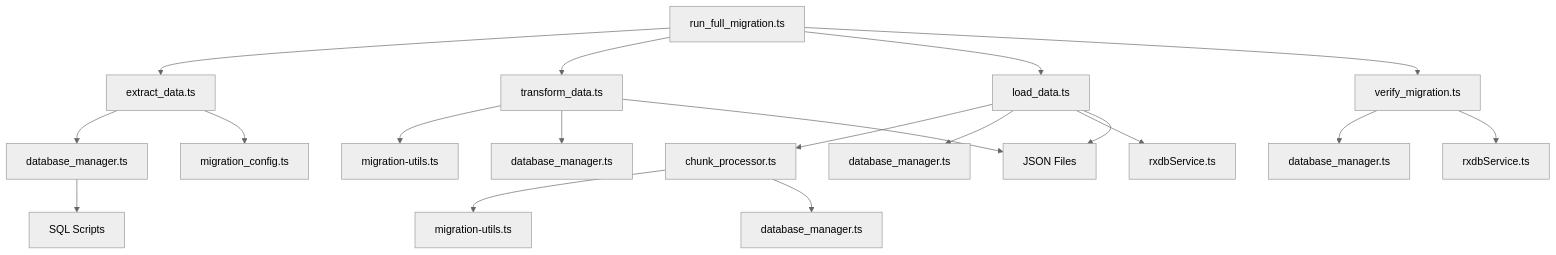
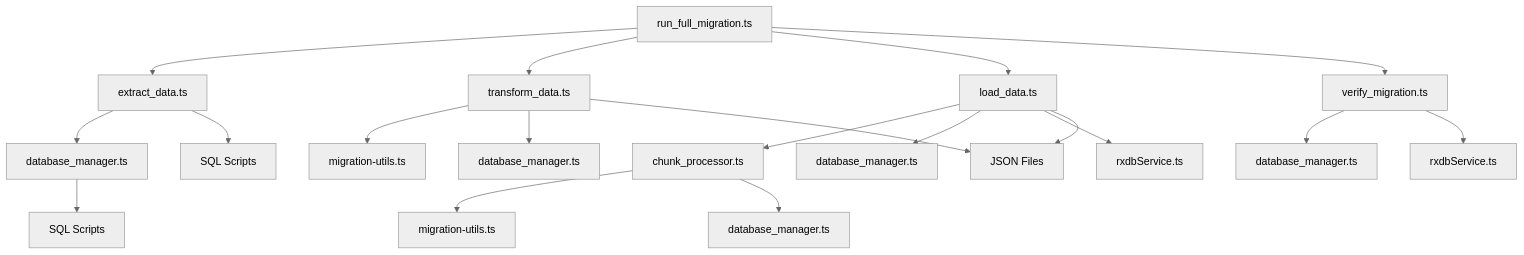
The seventh of 7 diagrams in .qoder/repowiki/en/content/Development Tools & Scripts/Data Migration.md (geniusdynamics/schoolpilot), drawn with Mermaid (neutral theme) before and after one commit. The commit also changed other lines of this file and 8 other files, not shown here.

````diff
--- a/.qoder/repowiki/en/content/Development Tools & Scripts/Data Migration.md
+++ b/.qoder/repowiki/en/content/Development Tools & Scripts/Data Migration.md
@@ -328,21 +322,21 @@
 ```mermaid
 graph TD
 A[run_full_migration.ts] --> B[extract_data.ts]
 A --> C[transform_data.ts]
 A --> D[load_data.ts]
 A --> E[verify_migration.ts]
 B --> F[database_manager.ts]
-B --> G[migration_config.ts]
+B --> G[SQL Scripts]
 C --> H[migration-utils.ts]
 C --> I[database_manager.ts]
 D --> J[chunk_processor.ts]
 D --> K[database_manager.ts]
 D --> L[rxdbService.ts]
 E --> M[database_manager.ts]
 E --> N[rxdbService.ts]
 J --> O[migration-utils.ts]
 J --> P[database_manager.ts]
 F --> Q[SQL Scripts]
 C --> R[JSON Files]
 D --> R
 ```
````
